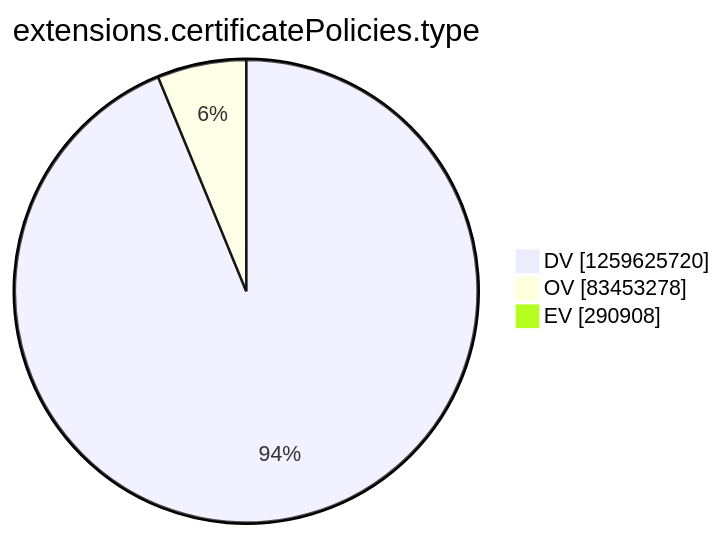
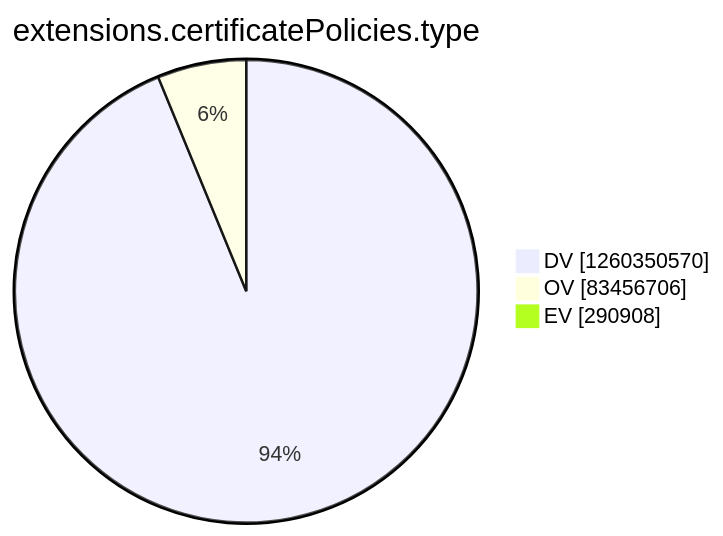
Before and after one commit to christiankrug/ctmonitor_visualization: the tenth of 15 diagrams in argon2022/README.md, drawn with Mermaid. The commit also changed other lines of this file, not shown here.

````diff
--- a/argon2022/README.md
+++ b/argon2022/README.md
@@ -2771,7 +2771,7 @@
 ```mermaid
 pie showData
 title extensions.certificatePolicies.type
-"DV" :1259625720
-"OV" :83453278
+"DV" :1260350570
+"OV" :83456706
 "EV" :290908
 ```
````
